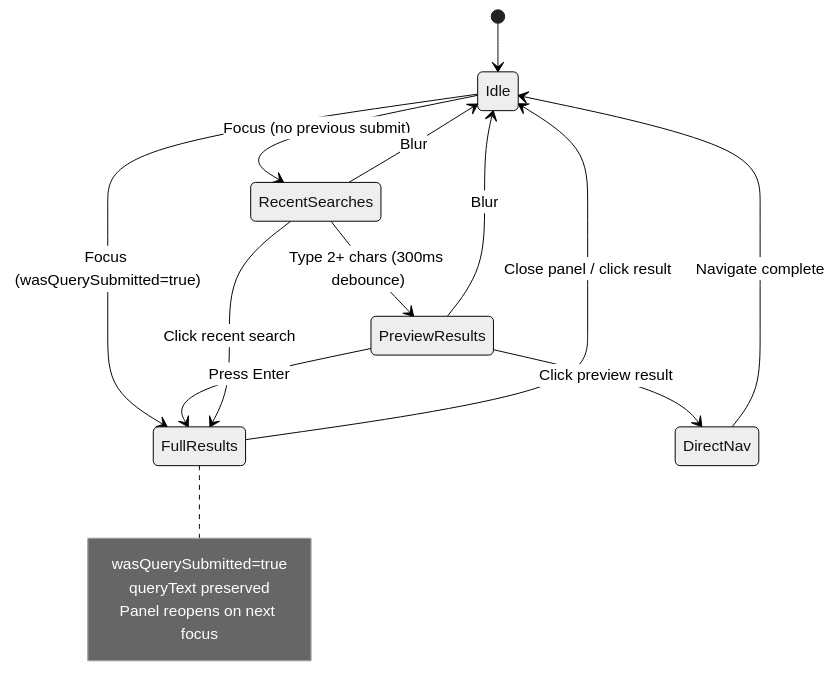
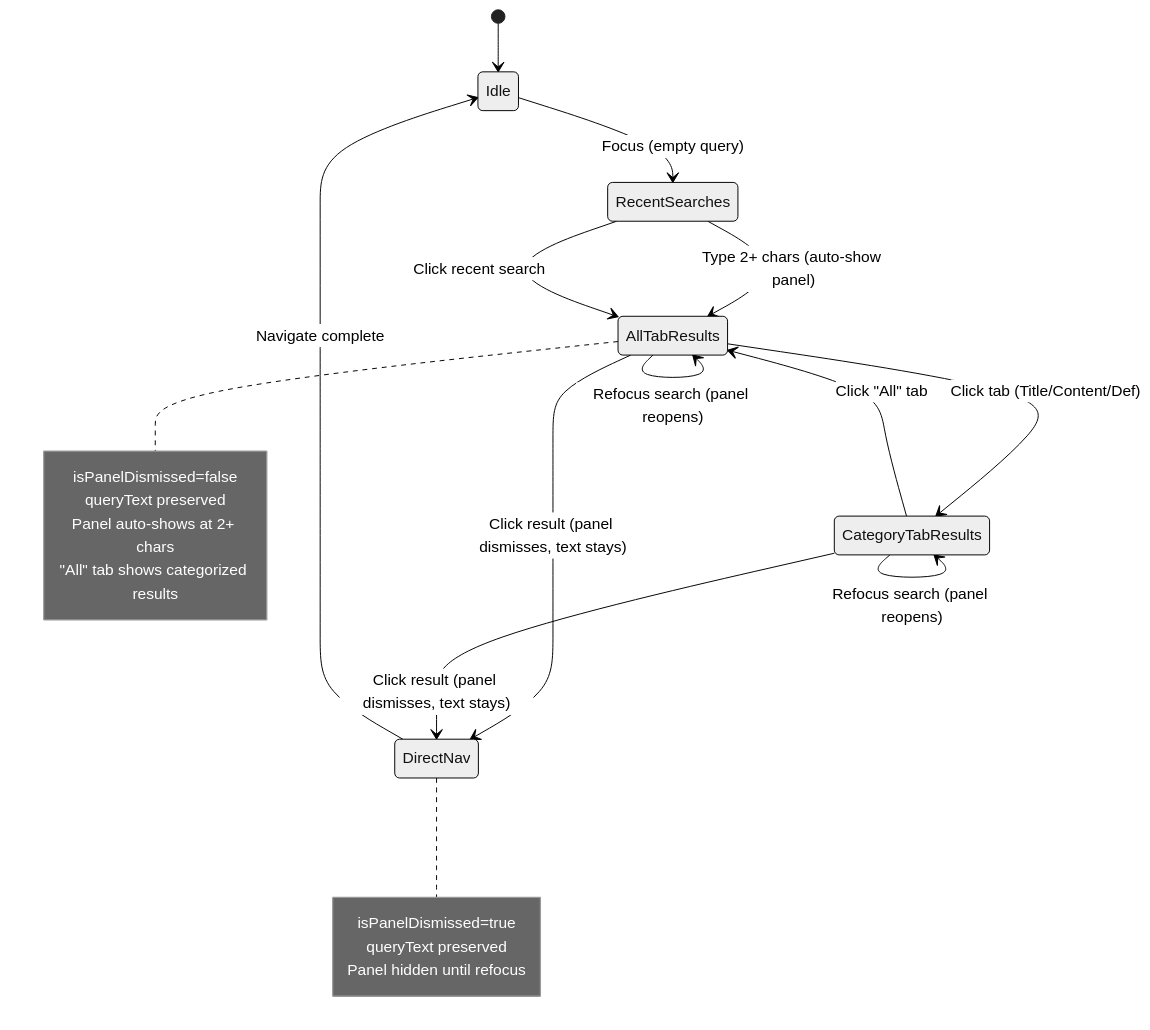
One commit to sammaditthi/wisdom-project changed the diagram in docs/search_implementation_plan.md. Above: the diagram before and after it, drawn with Mermaid (neutral theme). The commit also changed other lines of this file and 19 other files, not shown here.

Commit message:
feat(search): Unify search overlay and results panel - consolidate search UI into a single SearchResultsPanel component, remove SearchOverlay - simplify state management, and add filter support. - Update tests accordingly.

````diff
--- a/docs/search_implementation_plan.md
+++ b/docs/search_implementation_plan.md
@@ -179,20 +183,27 @@
 ```mermaid
 stateDiagram-v2
     [*] --> Idle
-    Idle --> RecentSearches: Focus (no previous submit)
-    Idle --> FullResults: Focus (wasQuerySubmitted=true)
-    RecentSearches --> PreviewResults: Type 2+ chars (300ms debounce)
-    PreviewResults --> FullResults: Press Enter
-    PreviewResults --> DirectNav: Click preview result
-    RecentSearches --> FullResults: Click recent search
-    RecentSearches --> Idle: Blur
-    PreviewResults --> Idle: Blur
-    FullResults --> Idle: Close panel / click result
+    Idle --> RecentSearches: Focus (empty query)
+    RecentSearches --> AllTabResults: Type 2+ chars (auto-show panel)
+    AllTabResults --> CategoryTabResults: Click tab (Title/Content/Def)
+    CategoryTabResults --> AllTabResults: Click "All" tab
+    AllTabResults --> DirectNav: Click result (panel dismisses, text stays)
+    CategoryTabResults --> DirectNav: Click result (panel dismisses, text stays)
+    RecentSearches --> AllTabResults: Click recent search
     DirectNav --> Idle: Navigate complete
+    AllTabResults --> AllTabResults: Refocus search (panel reopens)
+    CategoryTabResults --> CategoryTabResults: Refocus search (panel reopens)
 
-    note right of FullResults
-        wasQuerySubmitted=true
+    note right of AllTabResults
+        isPanelDismissed=false
         queryText preserved
-        Panel reopens on next focus
+        Panel auto-shows at 2+ chars
+        "All" tab shows categorized results
+    end note
+
+    note right of DirectNav
+        isPanelDismissed=true
+        queryText preserved
+        Panel hidden until refocus
     end note
 ```
````
